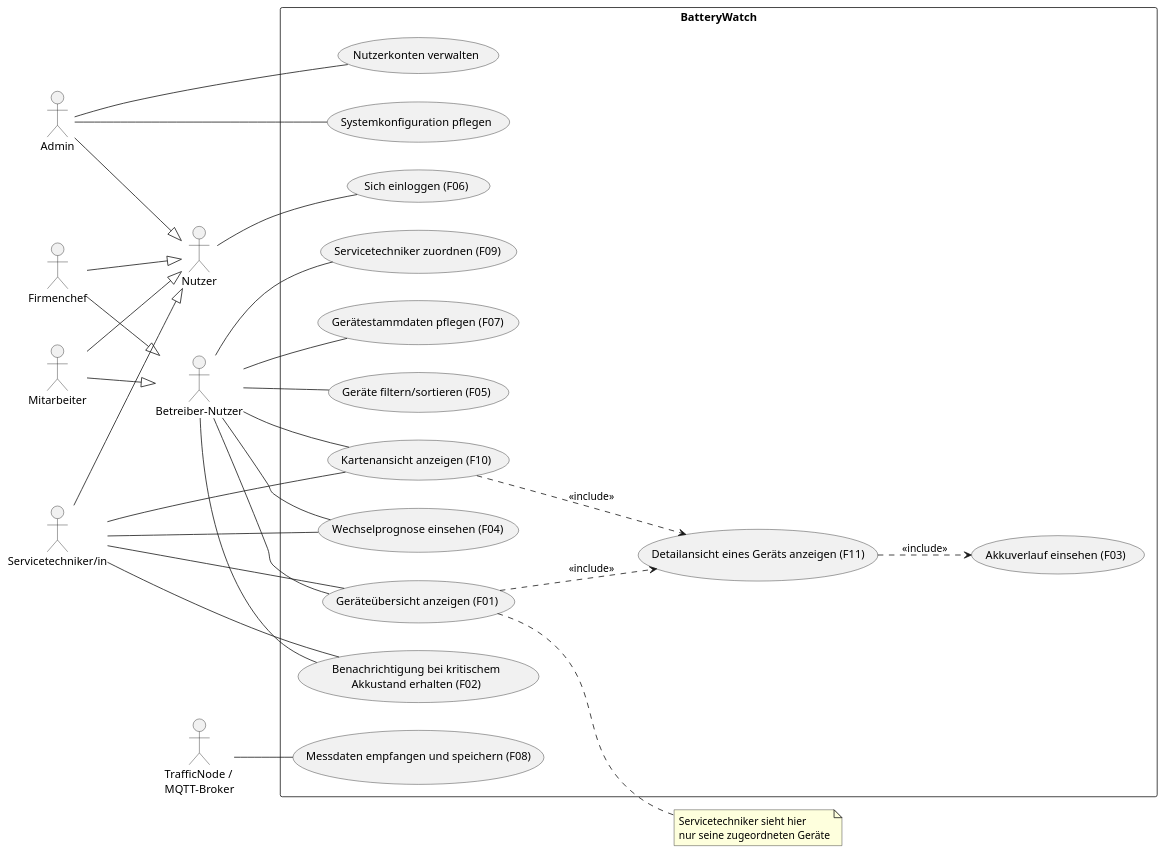
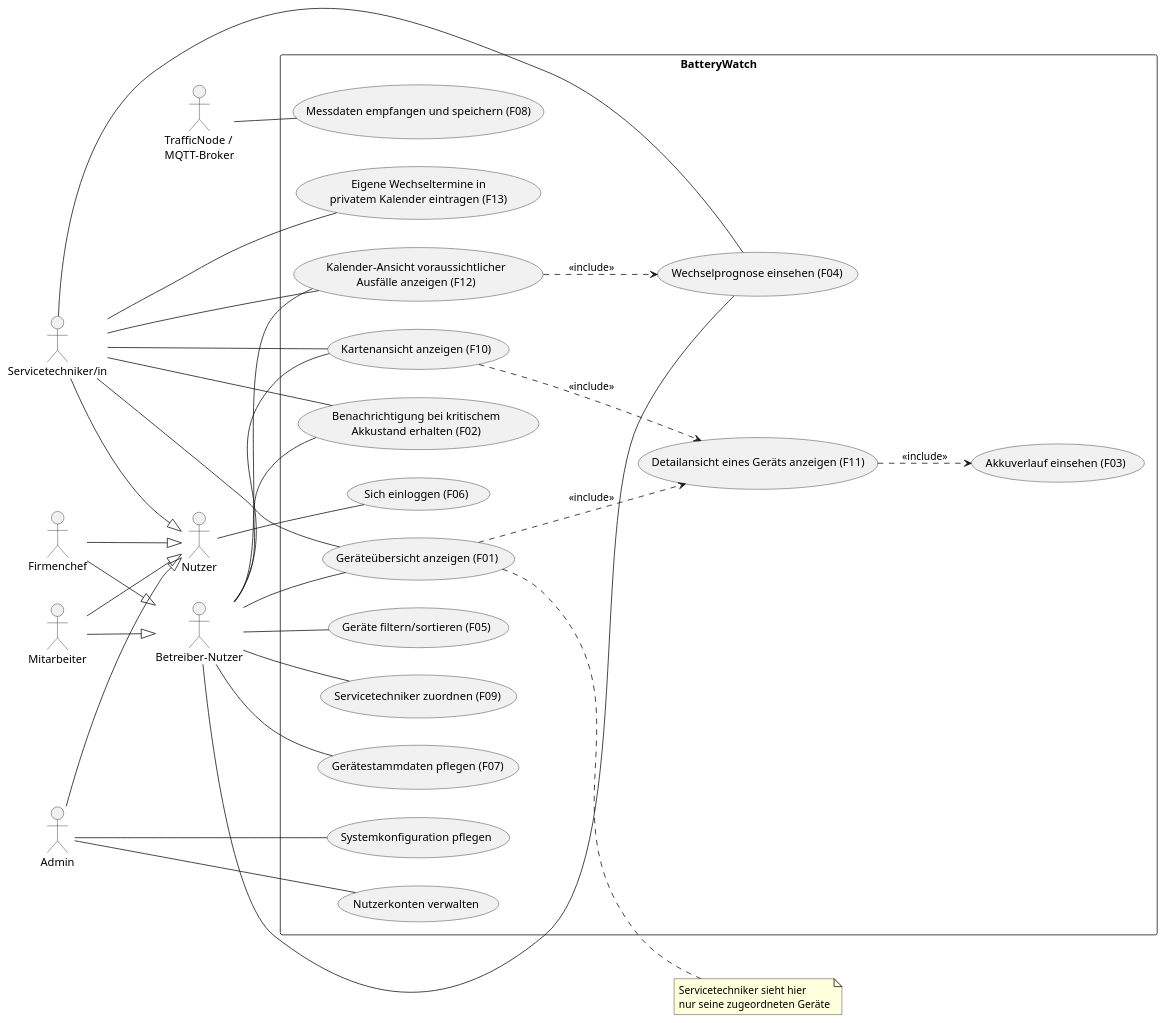
One commit to Totoba246/Software_Engineering_Semesterprojekt changed the diagram in docs/diagrams/use-case-diagram.puml. Above: the diagram before and after it, drawn with PlantUML. The commit also changed 1 other file, not shown here.

Commit message:
Kalender-Issues (#11, #12) in README und Use-Case-Diagramm aufnehmen
Neue Anforderungen F12 (Kalender-Ansicht voraussichtlicher Ausfälle,
basiert auf F04) und F13 (privater Kalender für Servicetechniker)
ergänzt und als nicht Teil des MVP markiert. Use-Case-Diagramm um die
entsprechenden Use Cases und Akteur-Zuordnungen erweitert.

```diff
--- a/docs/diagrams/use-case-diagram.puml
+++ b/docs/diagrams/use-case-diagram.puml
@@ -1,67 +1,73 @@
 @startuml UseCaseDiagram_BatteryWatch
-' Use-Case-Diagramm BatteryWatch, abgeleitet aus den GitHub-Issues (User Stories #1-#10)
-' und den funktionalen Anforderungen F01-F11 aus der README.
+' Use-Case-Diagramm BatteryWatch, abgeleitet aus den GitHub-Issues (User Stories #1-#12)
+' und den funktionalen Anforderungen F01-F13 aus der README.
 left to right direction
 skinparam packageStyle rect
 
 actor Nutzer
 actor Admin
 actor Firmenchef
 actor Mitarbeiter
 actor "Servicetechniker/in" as Servicetechniker
 actor "Betreiber-Nutzer" as Betreiber
 actor "TrafficNode /\nMQTT-Broker" as MQTT
 
 Admin --|> Nutzer
 Firmenchef --|> Nutzer
 Mitarbeiter --|> Nutzer
 Servicetechniker --|> Nutzer
 Firmenchef --|> Betreiber
 Mitarbeiter --|> Betreiber
 
 rectangle "BatteryWatch" {
   usecase "Sich einloggen (F06)" as UC_Login
   usecase "Geräteübersicht anzeigen (F01)" as UC_Overview
   usecase "Geräte filtern/sortieren (F05)" as UC_Filter
   usecase "Kartenansicht anzeigen (F10)" as UC_Map
   usecase "Detailansicht eines Geräts anzeigen (F11)" as UC_Detail
   usecase "Akkuverlauf einsehen (F03)" as UC_History
   usecase "Wechselprognose einsehen (F04)" as UC_Prediction
   usecase "Benachrichtigung bei kritischem\nAkkustand erhalten (F02)" as UC_Alert
   usecase "Servicetechniker zuordnen (F09)" as UC_Assign
   usecase "Gerätestammdaten pflegen (F07)" as UC_MasterData
   usecase "Nutzerkonten verwalten" as UC_UserAdmin
   usecase "Systemkonfiguration pflegen" as UC_SysConfig
   usecase "Messdaten empfangen und speichern (F08)" as UC_MQTTIngest
+  usecase "Kalender-Ansicht voraussichtlicher\nAusfälle anzeigen (F12)" as UC_CalendarForecast
+  usecase "Eigene Wechseltermine in\nprivatem Kalender eintragen (F13)" as UC_PrivateCalendar
 }
 
 Nutzer -- UC_Login
 
 Betreiber -- UC_Overview
 Betreiber -- UC_Filter
 Betreiber -- UC_Map
 Betreiber -- UC_Prediction
 Betreiber -- UC_Alert
 Betreiber -- UC_Assign
 Betreiber -- UC_MasterData
+Betreiber -- UC_CalendarForecast
 
 Servicetechniker -- UC_Overview
 Servicetechniker -- UC_Map
 Servicetechniker -- UC_Prediction
 Servicetechniker -- UC_Alert
+Servicetechniker -- UC_CalendarForecast
+Servicetechniker -- UC_PrivateCalendar
 
 Admin -- UC_UserAdmin
 Admin -- UC_SysConfig
 
 MQTT -- UC_MQTTIngest
 
 note right of UC_Overview
   Servicetechniker sieht hier
   nur seine zugeordneten Geräte
 end note
 
 UC_Overview ..> UC_Detail : <<include>>
 UC_Map ..> UC_Detail : <<include>>
 UC_Detail ..> UC_History : <<include>>
+UC_CalendarForecast ..> UC_Prediction : <<include>>
 
 @enduml
```
